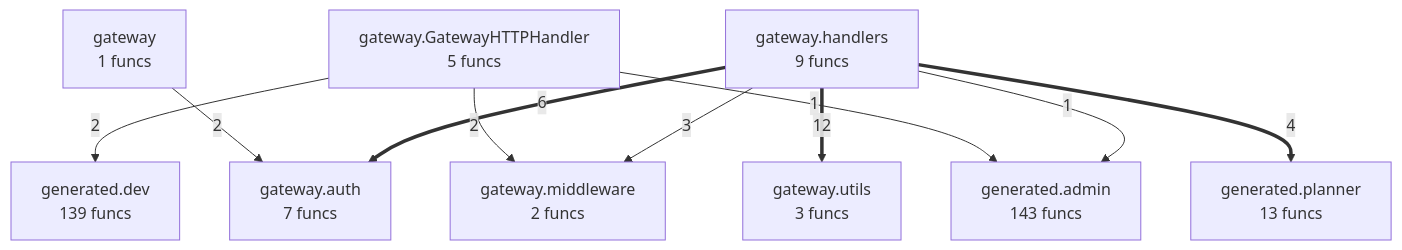
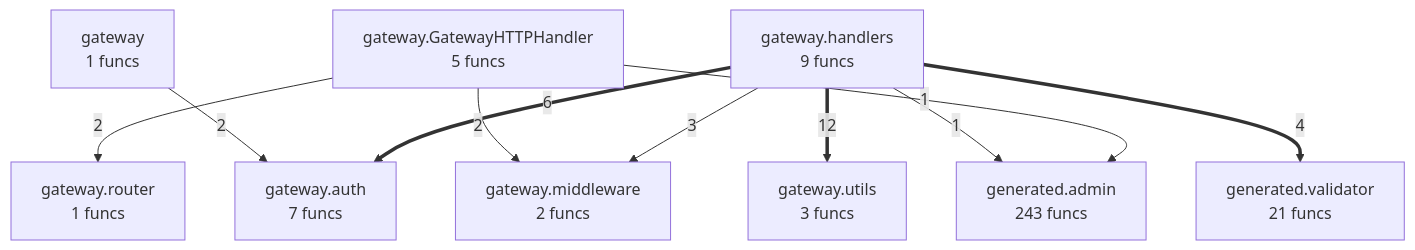
The diagram in project/compact_flow.mmd (paxlet-com/taskand), drawn with Mermaid before and after one commit. The commit also changed 53 other files, not shown here.

```diff
--- a/project/compact_flow.mmd
+++ b/project/compact_flow.mmd
@@ -1,20 +1,20 @@
 flowchart TD
 %% generated in 0.01s
     gateway["gateway<br/>1 funcs"]
     gateway__GatewayHTTPHandler["gateway.GatewayHTTPHandler<br/>5 funcs"]
     gateway__auth["gateway.auth<br/>7 funcs"]
     gateway__handlers["gateway.handlers<br/>9 funcs"]
     gateway__middleware["gateway.middleware<br/>2 funcs"]
+    gateway__router["gateway.router<br/>1 funcs"]
     gateway__utils["gateway.utils<br/>3 funcs"]
-    generated__admin["generated.admin<br/>143 funcs"]
-    generated__dev["generated.dev<br/>139 funcs"]
-    generated__planner["generated.planner<br/>13 funcs"]
+    generated__admin["generated.admin<br/>243 funcs"]
+    generated__validator["generated.validator<br/>21 funcs"]
     gateway__handlers ==>|12| gateway__utils
     gateway__handlers ==>|6| gateway__auth
-    gateway__handlers ==>|4| generated__planner
+    gateway__handlers ==>|4| generated__validator
     gateway__handlers -->|3| gateway__middleware
     gateway__GatewayHTTPHandler -->|2| gateway__middleware
-    gateway__GatewayHTTPHandler -->|2| generated__dev
+    gateway__GatewayHTTPHandler -->|2| gateway__router
     gateway -->|2| gateway__auth
+    gateway__GatewayHTTPHandler -->|1| generated__admin
     gateway__handlers -->|1| generated__admin
-    gateway__GatewayHTTPHandler -->|1| generated__admin
```
